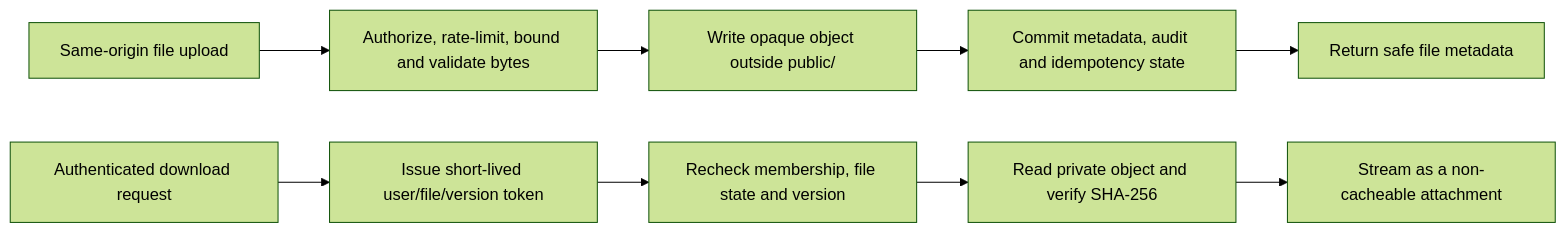
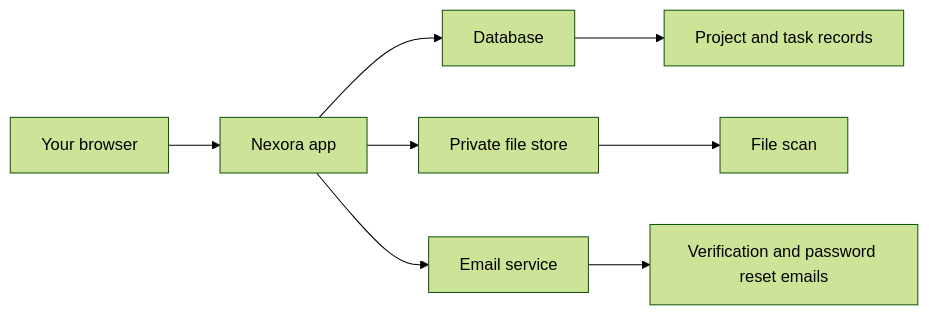
Before and after one commit to Gautam215/nexora: the second of 3 diagrams in README.md, drawn with Mermaid (forest theme). The commit also changed other lines of this file and 7 other files, not shown here.

````diff
--- a/README.md
+++ b/README.md
@@ -32,11 +43,10 @@
 ```mermaid
 flowchart LR
-  upload[Same-origin file upload] --> validate[Authorize, rate-limit, bound and validate bytes]
-  validate --> stage[Write opaque object outside public/]
-  stage --> metadata[Commit metadata, audit and idempotency state]
-  metadata --> dto[Return safe file metadata]
-  link[Authenticated download request] --> token[Issue short-lived user/file/version token]
-  token --> verify[Recheck membership, file state and version]
-  verify --> hash[Read private object and verify SHA-256]
-  hash --> attachment[Stream as a non-cacheable attachment]
+    A[Your browser] --> B[Nexora app]
+    B --> C[Database]
+    C --> D[Project and task records]
+    B --> E[Private file store]
+    E --> F[File scan]
+    B --> G[Email service]
+    G --> H[Verification and password reset emails]
 ```
````
